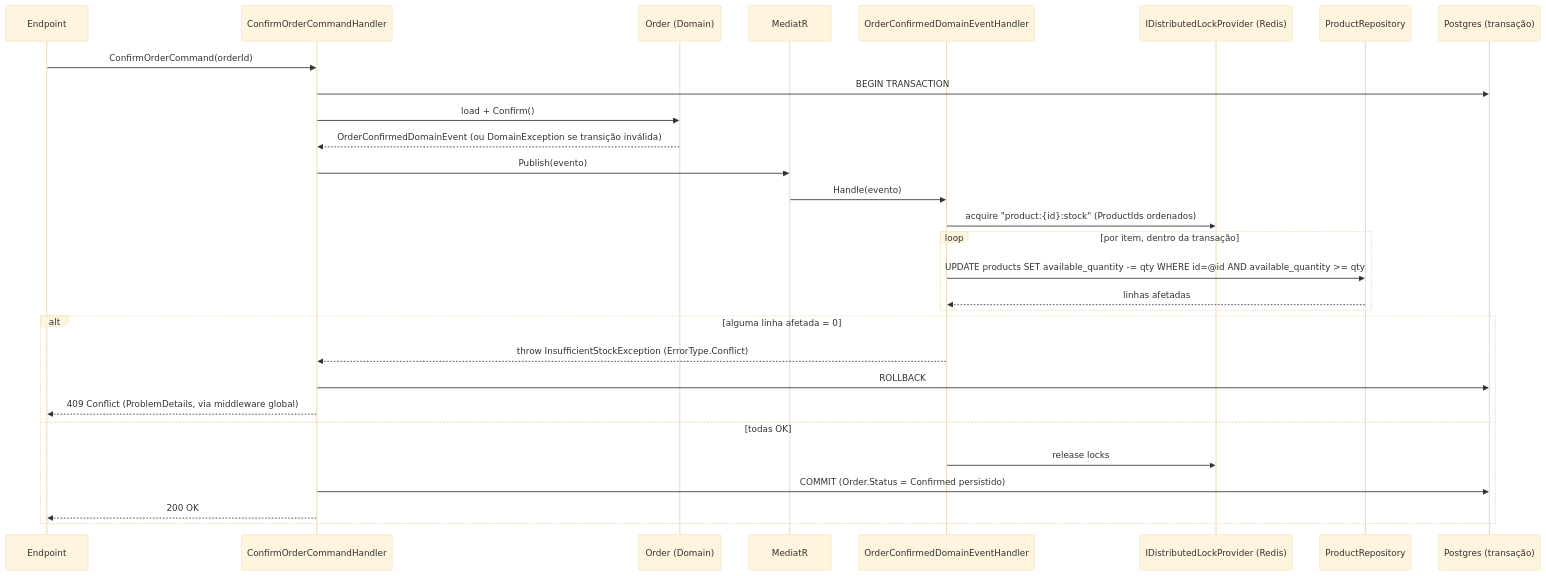
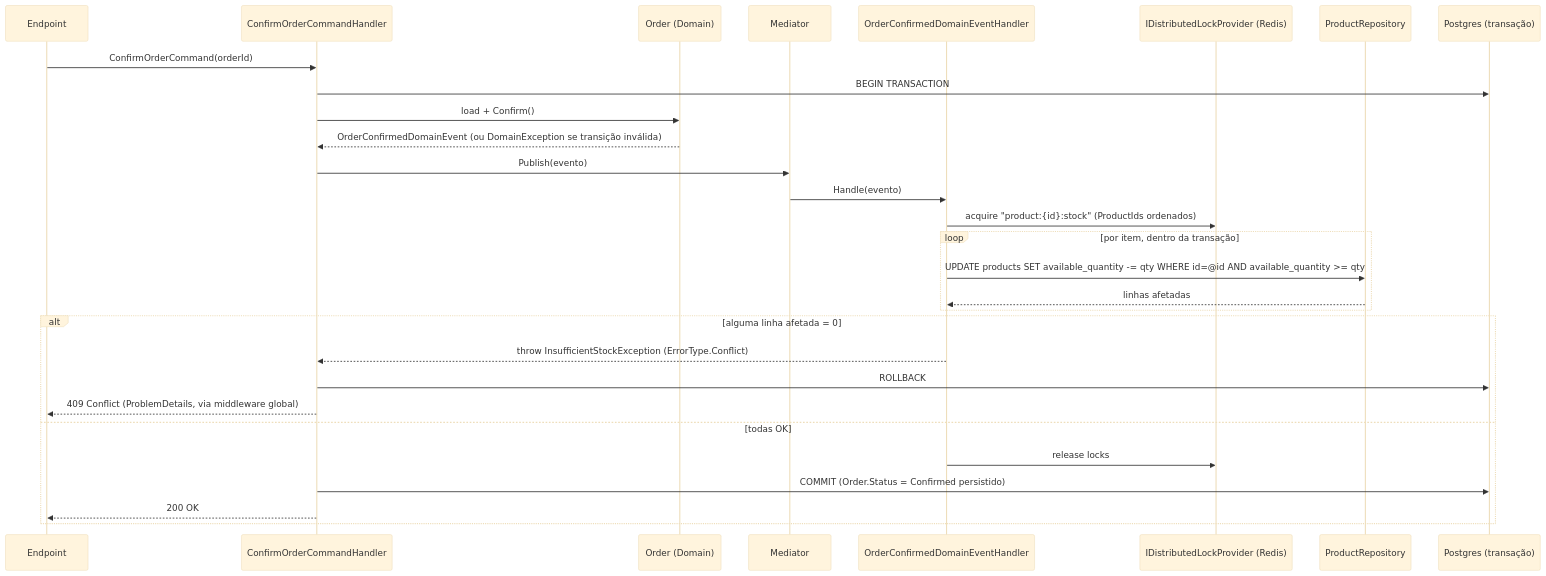
The third of 3 diagrams in docs/domain-model.md (barbarapac/order-flow-api), drawn with Mermaid (base theme) before and after one commit. The commit also changed 123 other files, not shown here.

````diff
--- a/docs/domain-model.md
+++ b/docs/domain-model.md
@@ -289,32 +289,32 @@
 ```mermaid
 sequenceDiagram
     participant API as Endpoint
     participant Handler as ConfirmOrderCommandHandler
     participant Order as Order (Domain)
-    participant Mediator as MediatR
+    participant Mediator as Mediator
     participant EvtHandler as OrderConfirmedDomainEventHandler
     participant Lock as IDistributedLockProvider (Redis)
     participant Repo as ProductRepository
     participant DB as Postgres (transação)
 
     API->>Handler: ConfirmOrderCommand(orderId)
     Handler->>DB: BEGIN TRANSACTION
     Handler->>Order: load + Confirm()
     Order-->>Handler: OrderConfirmedDomainEvent (ou DomainException se transição inválida)
     Handler->>Mediator: Publish(evento)
     Mediator->>EvtHandler: Handle(evento)
     EvtHandler->>Lock: acquire "product:{id}:stock" (ProductIds ordenados)
     loop por item, dentro da transação
         EvtHandler->>Repo: UPDATE products SET available_quantity -= qty WHERE id=@id AND available_quantity >= qty
         Repo-->>EvtHandler: linhas afetadas
     end
     alt alguma linha afetada = 0
         EvtHandler-->>Handler: throw InsufficientStockException (ErrorType.Conflict)
         Handler->>DB: ROLLBACK
         Handler-->>API: 409 Conflict (ProblemDetails, via middleware global)
     else todas OK
         EvtHandler->>Lock: release locks
         Handler->>DB: COMMIT (Order.Status = Confirmed persistido)
         Handler-->>API: 200 OK
     end
 ```
````
